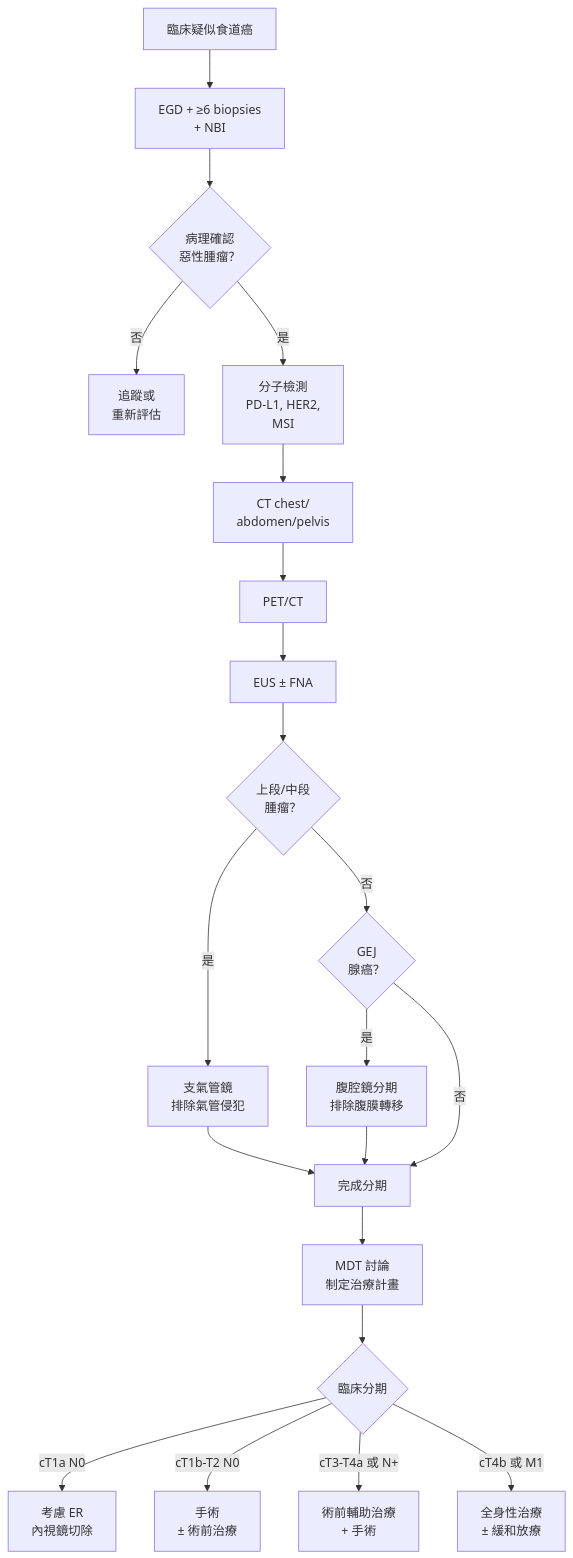
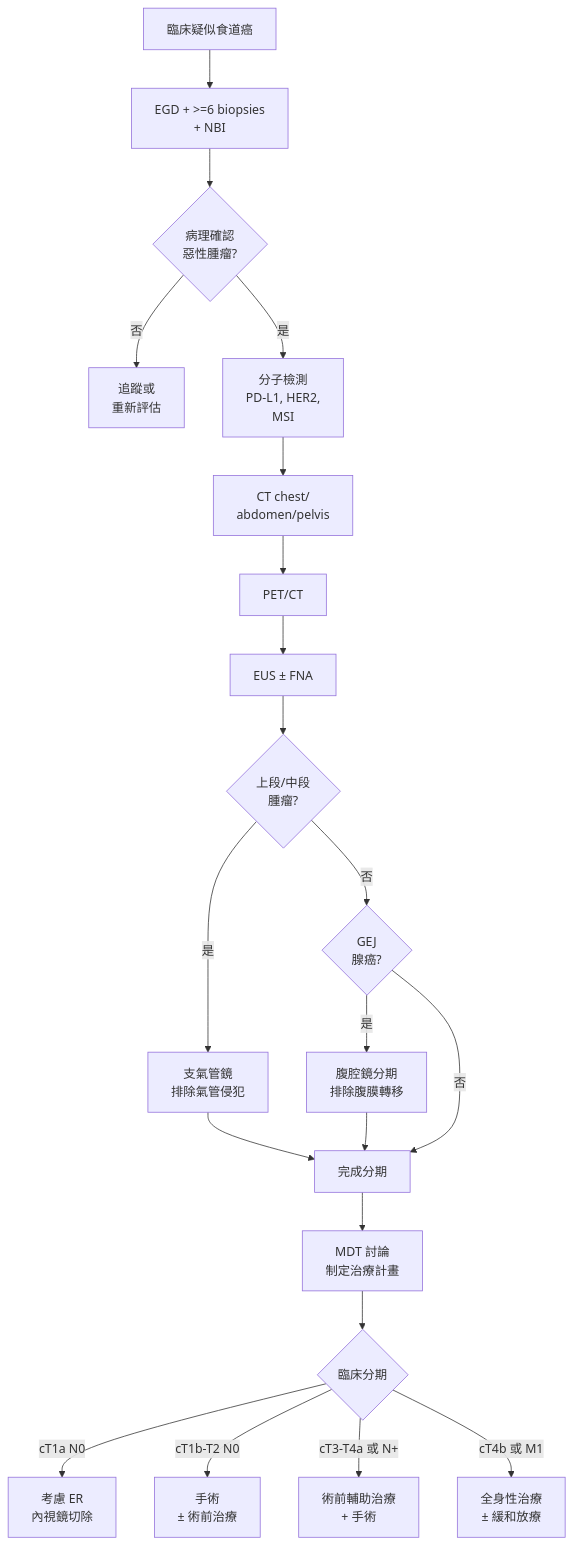
Before and after one commit to dontchangela-bit/esophageal-education: the diagram in 食道癌微創手術/進階版/01_流行病學與分期.md, drawn with Mermaid. The commit also changed 59 other files, not shown here.

First line of the commit message:
Fix Mermaid v11.13 syntax errors across all esophageal files

````diff
--- a/食道癌微創手術/進階版/01_流行病學與分期.md
+++ b/食道癌微創手術/進階版/01_流行病學與分期.md
@@ -177,23 +177,23 @@
 ```mermaid
 flowchart TD
-    A[臨床疑似食道癌] --> B[EGD + ≥6 biopsies<br>+ NBI]
-    B --> C{病理確認<br>惡性腫瘤？}
-    C -->|否| D[追蹤或<br>重新評估]
-    C -->|是| E[分子檢測<br>PD-L1, HER2,<br>MSI]
-    E --> F[CT chest/<br>abdomen/pelvis]
+    A[臨床疑似食道癌] --> B[EGD + >=6 biopsies<br/>+ NBI]
+    B --> C{病理確認<br/>惡性腫瘤?}
+    C -->|否| D[追蹤或<br/>重新評估]
+    C -->|是| E[分子檢測<br/>PD-L1, HER2,<br/>MSI]
+    E --> F[CT chest/<br/>abdomen/pelvis]
     F --> G[PET/CT]
     G --> H[EUS ± FNA]
-    H --> I{上段/中段<br>腫瘤？}
-    I -->|是| J[支氣管鏡<br>排除氣管侵犯]
-    I -->|否| K{GEJ<br>腺癌？}
-    K -->|是| L[腹腔鏡分期<br>排除腹膜轉移]
+    H --> I{上段/中段<br/>腫瘤?}
+    I -->|是| J[支氣管鏡<br/>排除氣管侵犯]
+    I -->|否| K{GEJ<br/>腺癌?}
+    K -->|是| L[腹腔鏡分期<br/>排除腹膜轉移]
     K -->|否| M[完成分期]
     J --> M
     L --> M
-    M --> N[MDT 討論<br>制定治療計畫]
+    M --> N[MDT 討論<br/>制定治療計畫]
     N --> O{臨床分期}
     O -->|cT1a N0| P[考慮 ER<br>內視鏡切除]
     O -->|cT1b-T2 N0| Q[手術<br>± 術前治療]
     O -->|cT3-T4a 或 N+| R[術前輔助治療<br>+ 手術]
     O -->|cT4b 或 M1| S[全身性治療<br>± 緩和放療]
 ```
````
